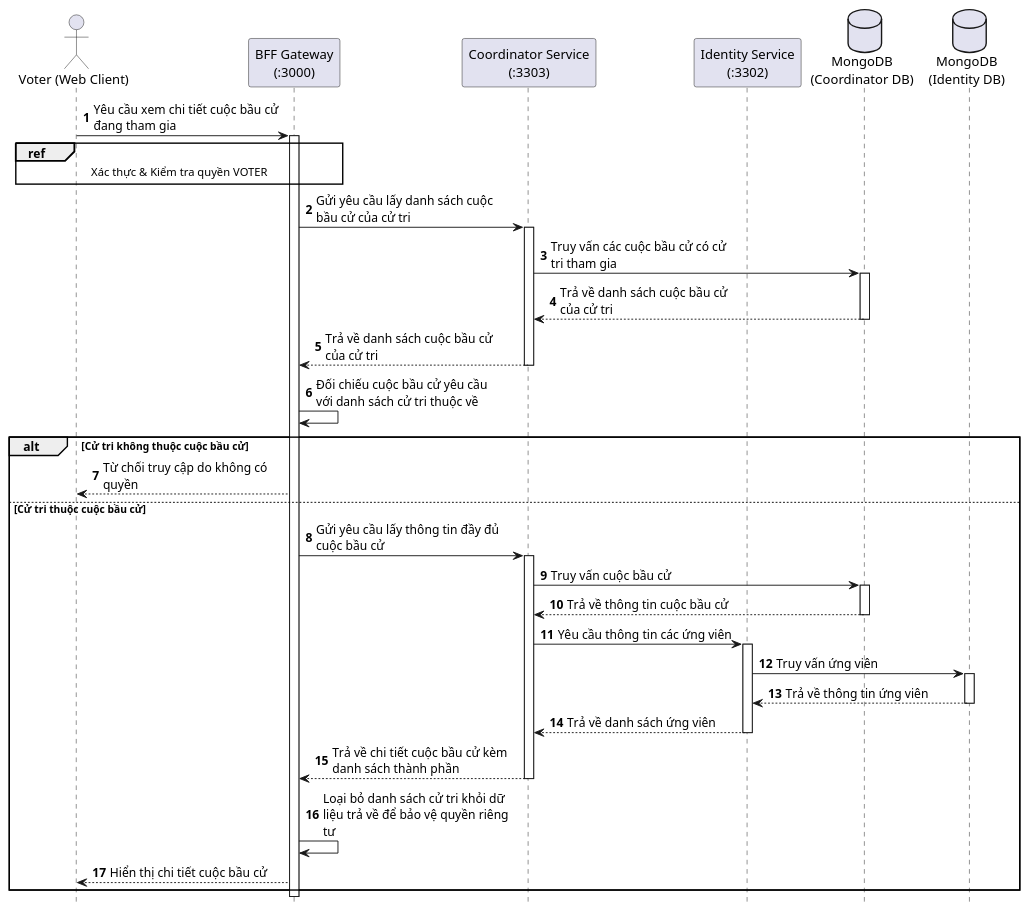
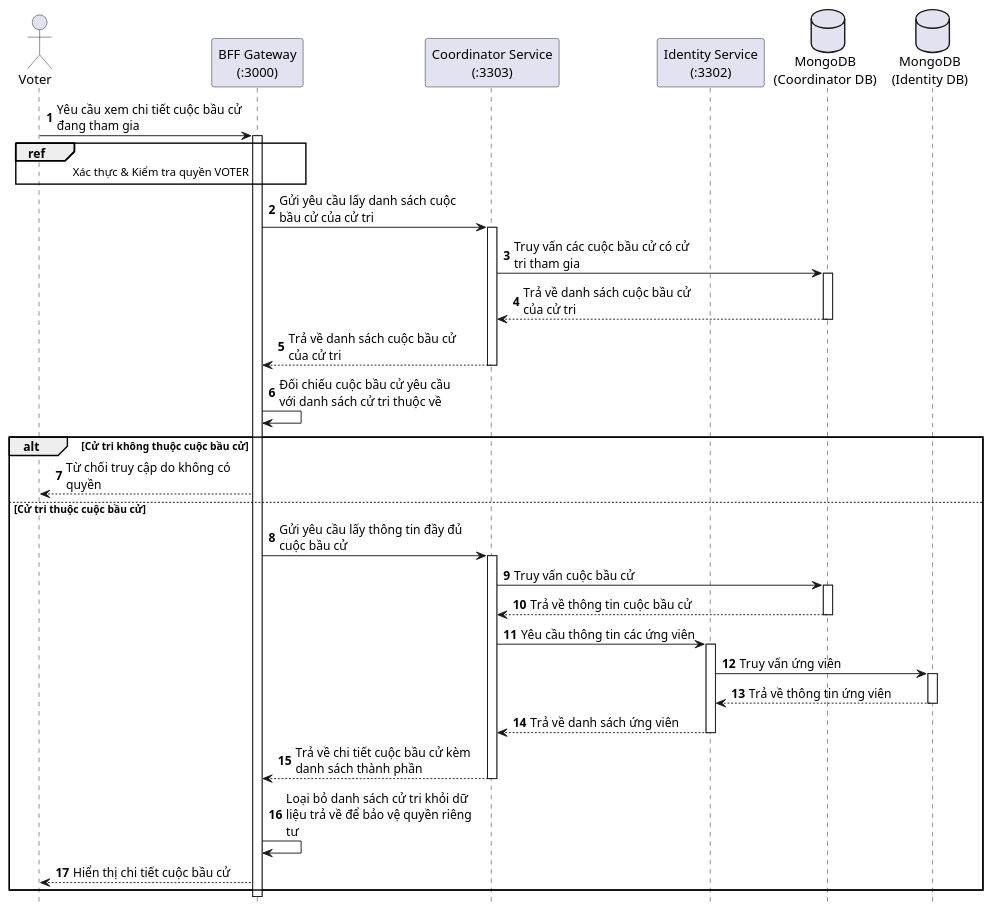
One commit to Tuienn/e-voting-latex changed the diagram in PlantUML/Sequence/Xem-chi-tiet-bau-cu-tham-gia.puml. Above: the diagram before and after it, drawn with PlantUML. The commit also changed 27 other files, not shown here.

Commit message:
Update plantuml

```diff
--- a/PlantUML/Sequence/Xem-chi-tiet-bau-cu-tham-gia.puml
+++ b/PlantUML/Sequence/Xem-chi-tiet-bau-cu-tham-gia.puml
@@ -1,58 +1,58 @@
 @startuml XemChiTietBauCuThamGia
 hide footbox
 autonumber
 skinparam maxMessageSize 200
 
-actor "Voter (Web Client)" as Voter
+actor "Voter " as Voter
 participant "BFF Gateway\n(:3000)" as BFF
 participant "Coordinator Service\n(:3303)" as Coordinator
 participant "Identity Service\n(:3302)" as Identity
 database "MongoDB\n(Coordinator DB)" as CoDB
 database "MongoDB\n(Identity DB)" as IdDB
 
 Voter -> BFF: Yêu cầu xem chi tiết cuộc bầu cử đang tham gia
 activate BFF
 
 ref over Voter, BFF : Xác thực & Kiểm tra quyền VOTER
 
 BFF -> Coordinator: Gửi yêu cầu lấy danh sách cuộc bầu cử của cử tri
 activate Coordinator
 Coordinator -> CoDB: Truy vấn các cuộc bầu cử có cử tri tham gia
 activate CoDB
 CoDB --> Coordinator: Trả về danh sách cuộc bầu cử của cử tri
 deactivate CoDB
 Coordinator --> BFF: Trả về danh sách cuộc bầu cử của cử tri
 deactivate Coordinator
 
 BFF -> BFF: Đối chiếu cuộc bầu cử yêu cầu với danh sách cử tri thuộc về
 
 alt Cử tri không thuộc cuộc bầu cử
   BFF --> Voter: Từ chối truy cập do không có quyền
 else Cử tri thuộc cuộc bầu cử
   BFF -> Coordinator: Gửi yêu cầu lấy thông tin đầy đủ cuộc bầu cử
   activate Coordinator
 
   Coordinator -> CoDB: Truy vấn cuộc bầu cử
   activate CoDB
   CoDB --> Coordinator: Trả về thông tin cuộc bầu cử
   deactivate CoDB
 
   Coordinator -> Identity: Yêu cầu thông tin các ứng viên
   activate Identity
   Identity -> IdDB: Truy vấn ứng viên
   activate IdDB
   IdDB --> Identity: Trả về thông tin ứng viên
   deactivate IdDB
   Identity --> Coordinator: Trả về danh sách ứng viên
   deactivate Identity
 
   Coordinator --> BFF: Trả về chi tiết cuộc bầu cử kèm danh sách thành phần
   deactivate Coordinator
 
   BFF -> BFF: Loại bỏ danh sách cử tri khỏi dữ liệu trả về để bảo vệ quyền riêng tư
 
   BFF --> Voter: Hiển thị chi tiết cuộc bầu cử
 end
 
 deactivate BFF
 @enduml
```
